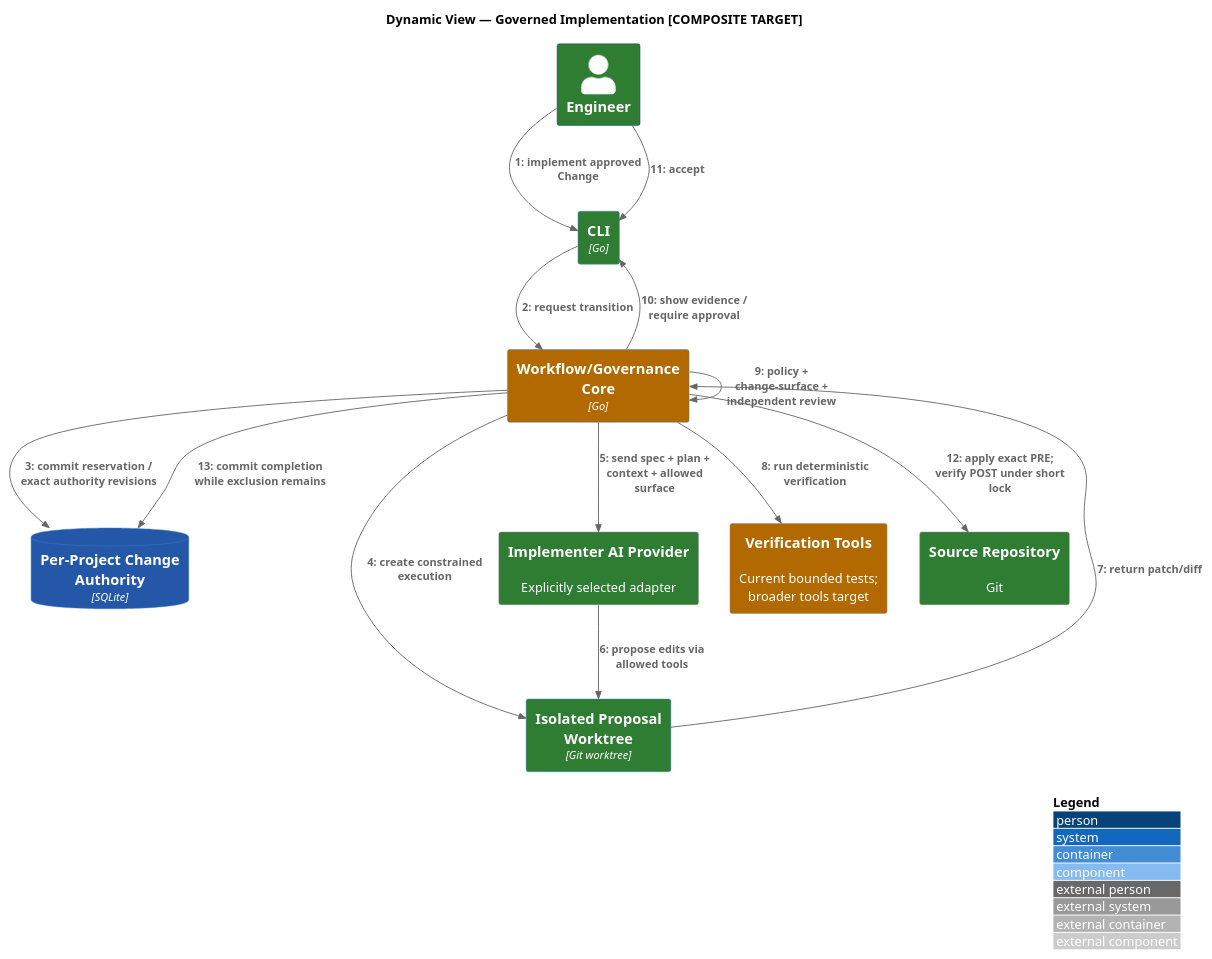
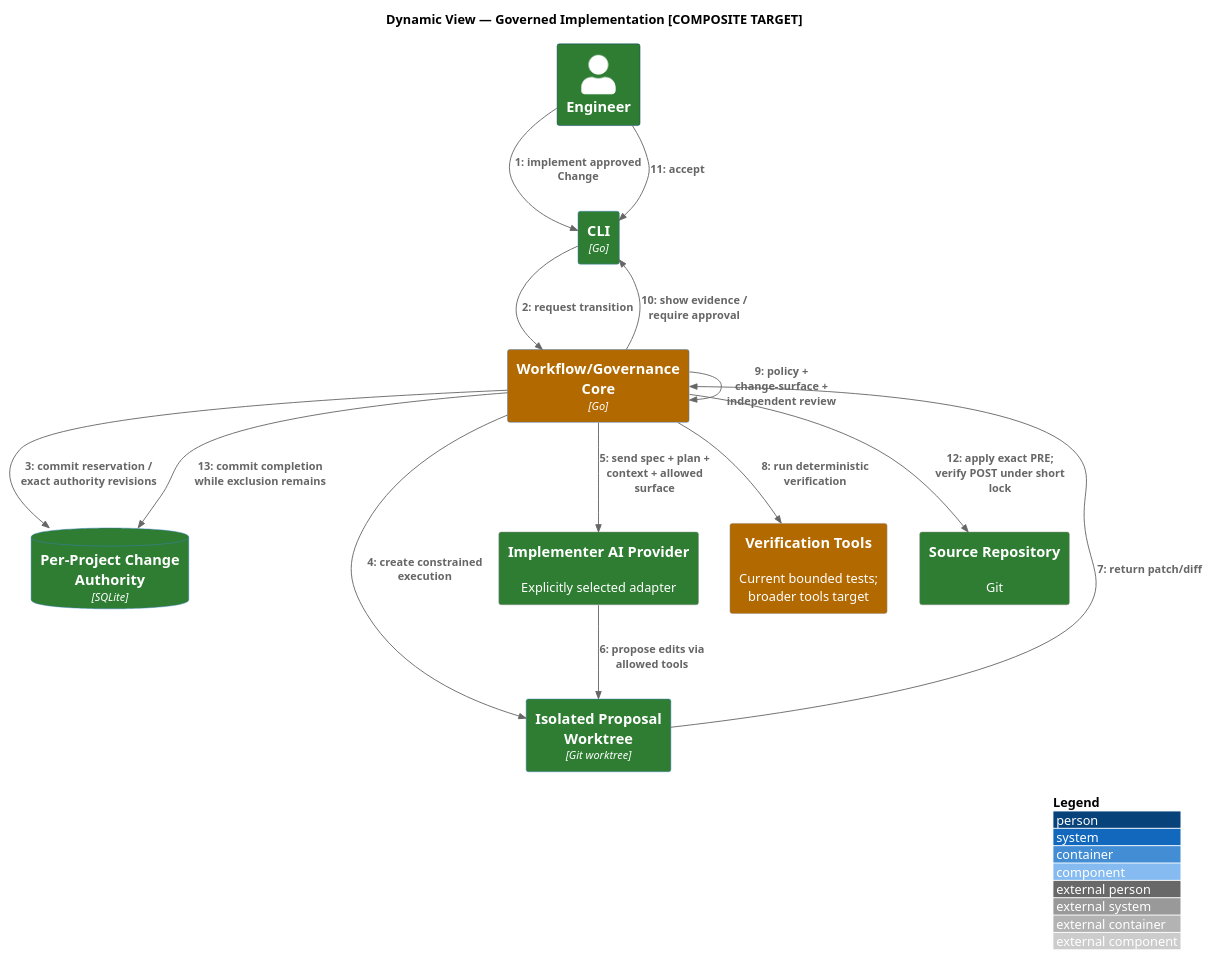
The diagram in docs/architecture/src/docs/arc42/diagrams/dynamic-change-execution.puml (Eu-Pedro0ficial/praetor), drawn with PlantUML before and after one commit. The commit also changed 80 other files, not shown here.

```diff
--- a/docs/architecture/src/docs/arc42/diagrams/dynamic-change-execution.puml
+++ b/docs/architecture/src/docs/arc42/diagrams/dynamic-change-execution.puml
@@ -1,29 +1,29 @@
 @startuml
 !include <C4/C4_Dynamic>
 AddElementTag("AS-IS", $bgColor="#2E7D32", $fontColor="#FFFFFF", $legendText="AS-IS")
 AddElementTag("PARTIAL", $bgColor="#B26A00", $fontColor="#FFFFFF", $legendText="PARTIAL")
 AddElementTag("TARGET", $bgColor="#2457A7", $fontColor="#FFFFFF", $legendText="TARGET")
 LAYOUT_WITH_LEGEND()
 title Dynamic View — Governed Implementation [COMPOSITE TARGET]
 Person(engineer, "Engineer", $tags="AS-IS")
 Container(cli, "CLI", "Go", $tags="AS-IS")
 Container(core, "Workflow/Governance Core", "Go", $tags="PARTIAL")
-ContainerDb(changeStore, "Per-Project Change Authority", "SQLite", $tags="TARGET")
+ContainerDb(changeStore, "Per-Project Change Authority", "SQLite", $tags="AS-IS")
 Container(sandbox, "Isolated Proposal Worktree", "Git worktree", $tags="AS-IS")
 System_Ext(ai, "Implementer AI Provider", "Explicitly selected adapter", $tags="AS-IS")
 System_Ext(tools, "Verification Tools", "Current bounded tests; broader tools target", $tags="PARTIAL")
 System_Ext(src, "Source Repository", "Git", $tags="AS-IS")
 RelIndex(1, engineer, cli, "implement approved Change")
 RelIndex(2, cli, core, "request transition")
 RelIndex(3, core, changeStore, "commit reservation / exact authority revisions")
 RelIndex(4, core, sandbox, "create constrained execution")
 RelIndex(5, core, ai, "send spec + plan + context + allowed surface")
 RelIndex(6, ai, sandbox, "propose edits via allowed tools")
 RelIndex(7, sandbox, core, "return patch/diff")
 RelIndex(8, core, tools, "run deterministic verification")
 RelIndex(9, core, core, "policy + change-surface + independent review")
 RelIndex(10, core, cli, "show evidence / require approval")
 RelIndex(11, engineer, cli, "accept")
 RelIndex(12, core, src, "apply exact PRE; verify POST under short lock")
 RelIndex(13, core, changeStore, "commit completion while exclusion remains")
 @enduml
```
